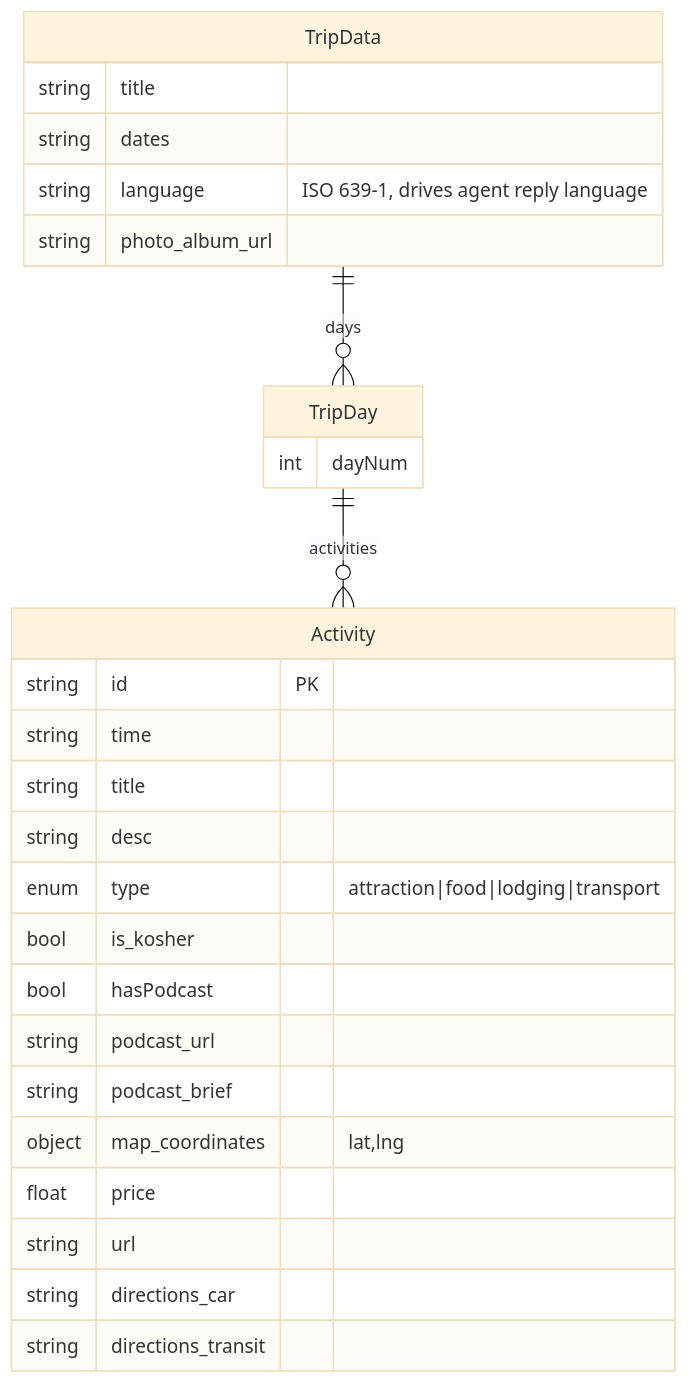
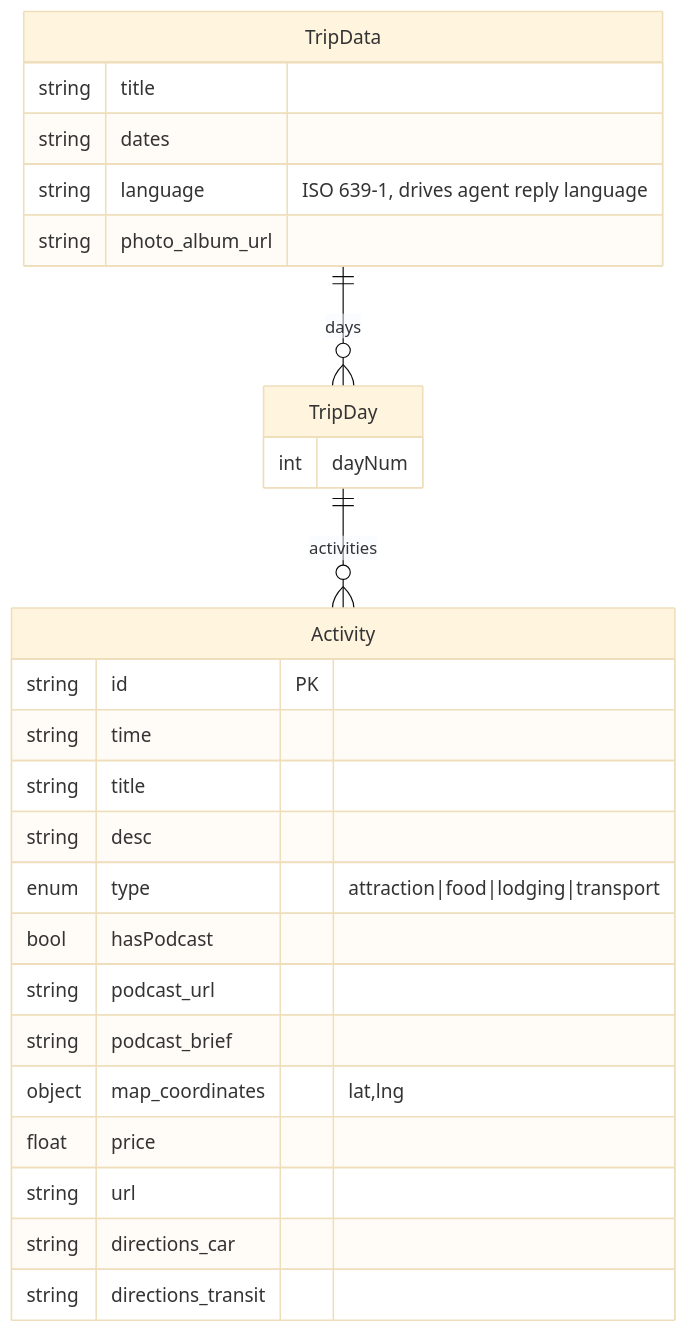
One commit to joka-7/AppMyTrip changed the fourth of 5 diagrams in docs/hld/hld.md. Above: the diagram before and after it, drawn with Mermaid (base theme). The commit also changed other lines of this file and 2 other files, not shown here.

````diff
--- a/docs/hld/hld.md
+++ b/docs/hld/hld.md
@@ -202,31 +203,30 @@
 ```mermaid
 erDiagram
     TripData ||--o{ TripDay : days
     TripDay ||--o{ Activity : activities
 
     TripData {
         string title
         string dates
         string language "ISO 639-1, drives agent reply language"
         string photo_album_url
     }
     TripDay {
         int dayNum
     }
     Activity {
         string id PK
         string time
         string title
         string desc
         enum type "attraction|food|lodging|transport"
-        bool is_kosher
         bool hasPodcast
         string podcast_url
         string podcast_brief
         object map_coordinates "lat,lng"
         float price
         string url
         string directions_car
         string directions_transit
     }
 ```
````
